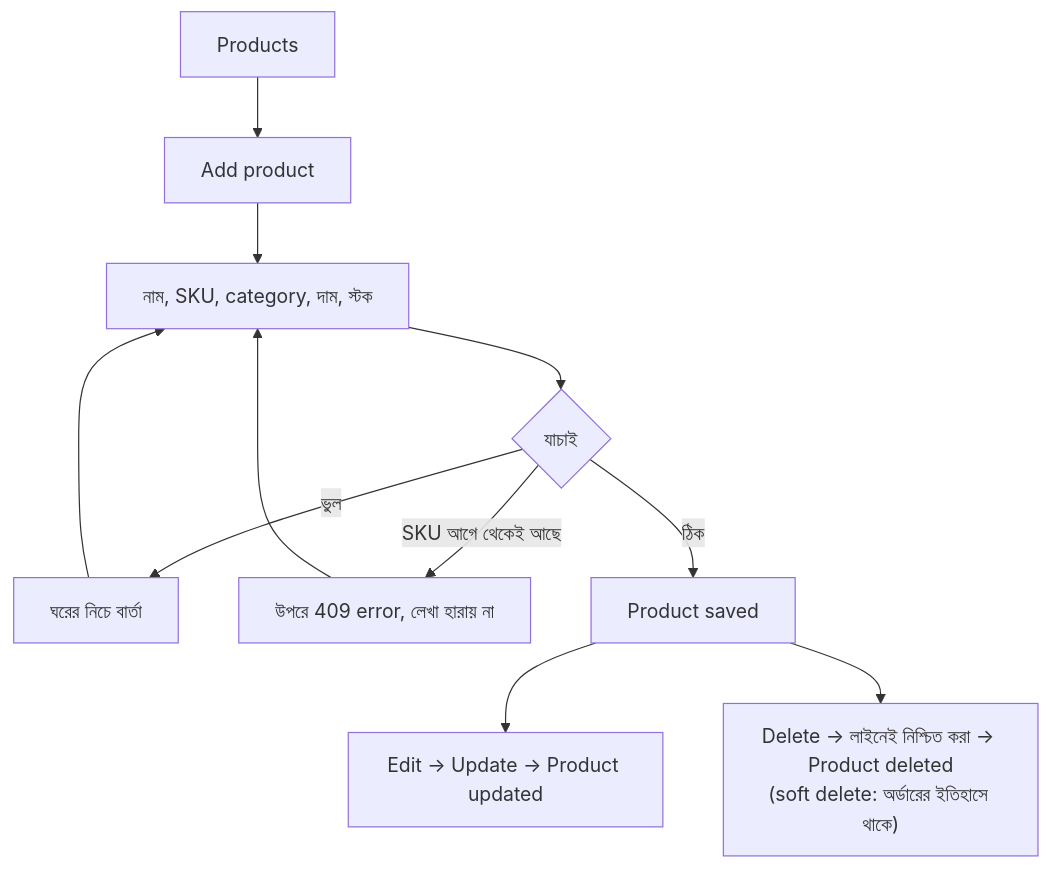
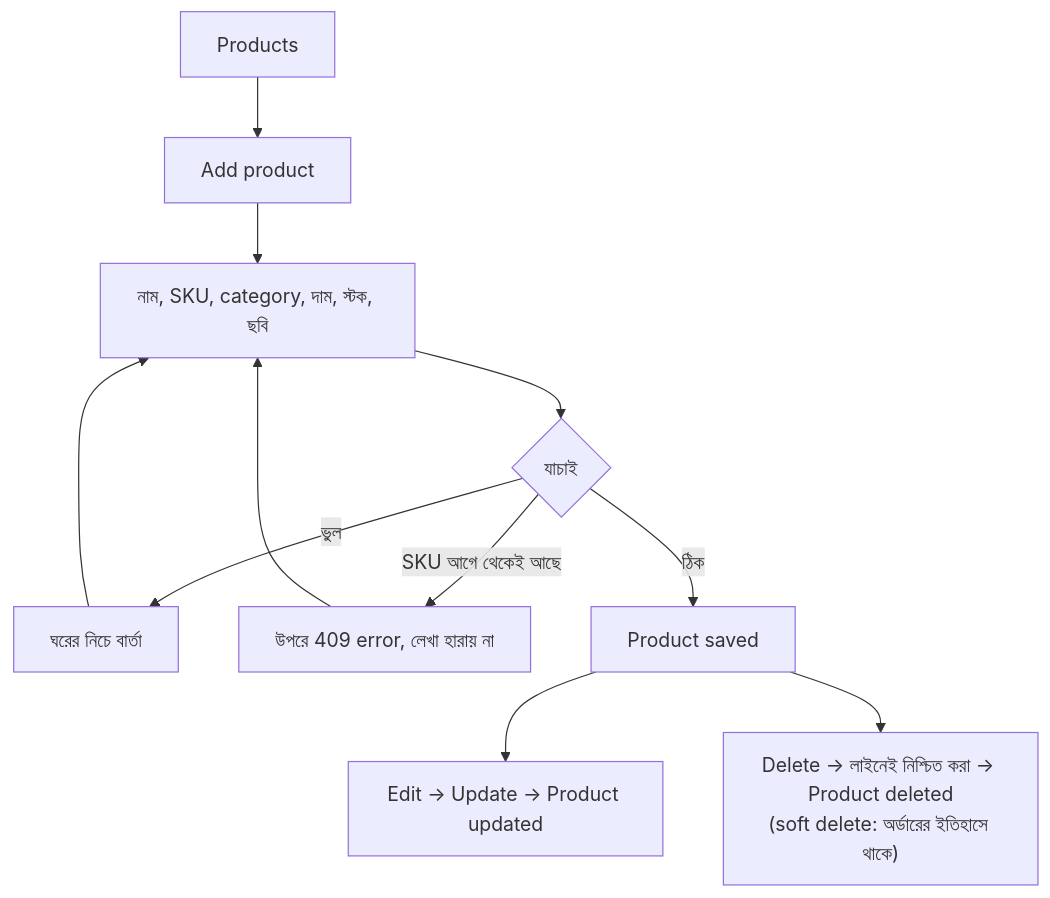
The ninth of 12 diagrams in docs/HELP_BN.md (rbchy/RbcTcsWorld), drawn with Mermaid before and after one commit. The commit also changed other lines of this file and 41 other files, not shown here.

````diff
--- a/docs/HELP_BN.md
+++ b/docs/HELP_BN.md
@@ -306,11 +322,11 @@
 ```mermaid
 flowchart TD
   P["Products"] --> A["Add product"]
-  A --> F["নাম, SKU, category, দাম, স্টক"]
+  A --> F["নাম, SKU, category, দাম, স্টক, ছবি"]
   F --> V{"যাচাই"}
   V -->|"ভুল"| FE["ঘরের নিচে বার্তা"] --> F
   V -->|"SKU আগে থেকেই আছে"| E409["উপরে 409 error, লেখা হারায় না"] --> F
   V -->|"ঠিক"| S["Product saved"]
   S --> ED["Edit → Update → Product updated"]
   S --> DL["Delete → লাইনেই নিশ্চিত করা → Product deleted<br/>(soft delete: অর্ডারের ইতিহাসে থাকে)"]
 ```
````
